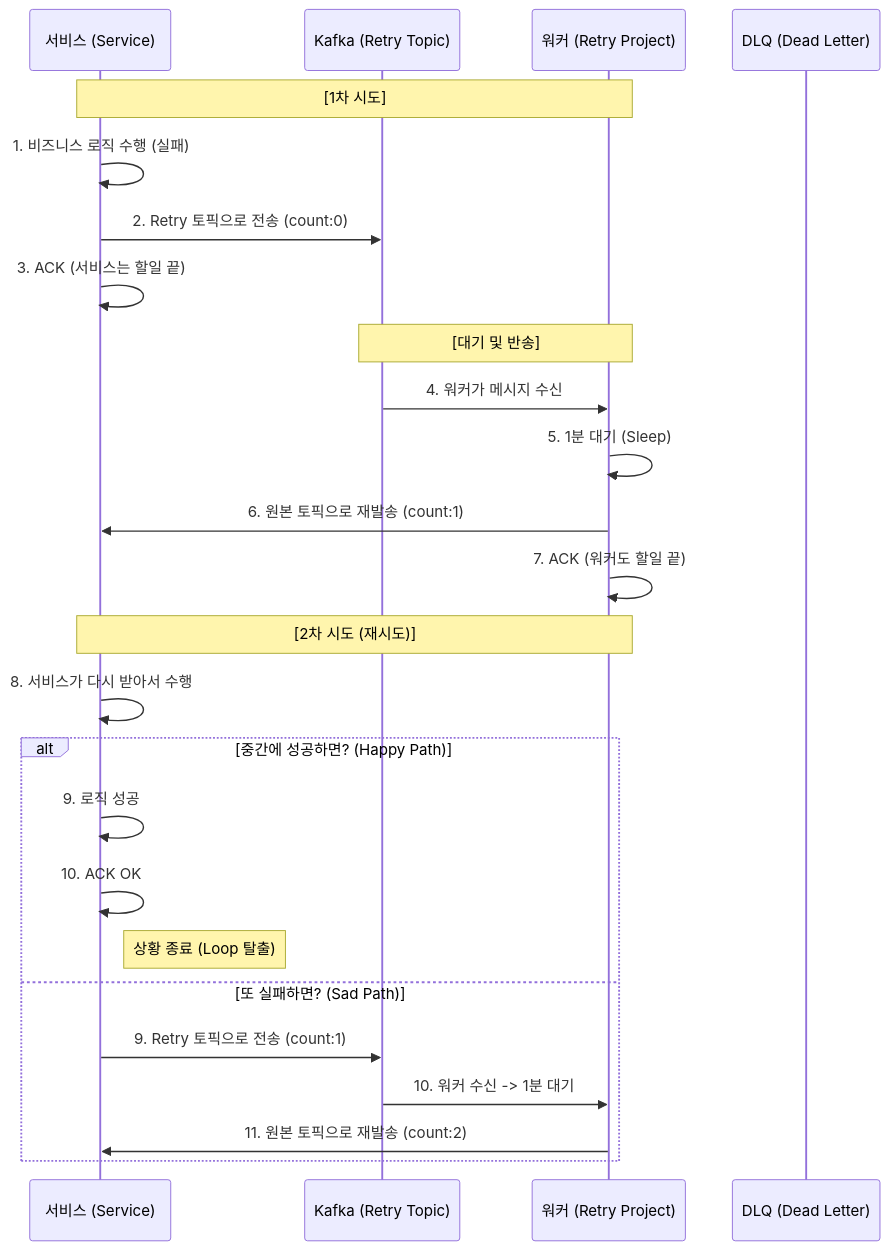
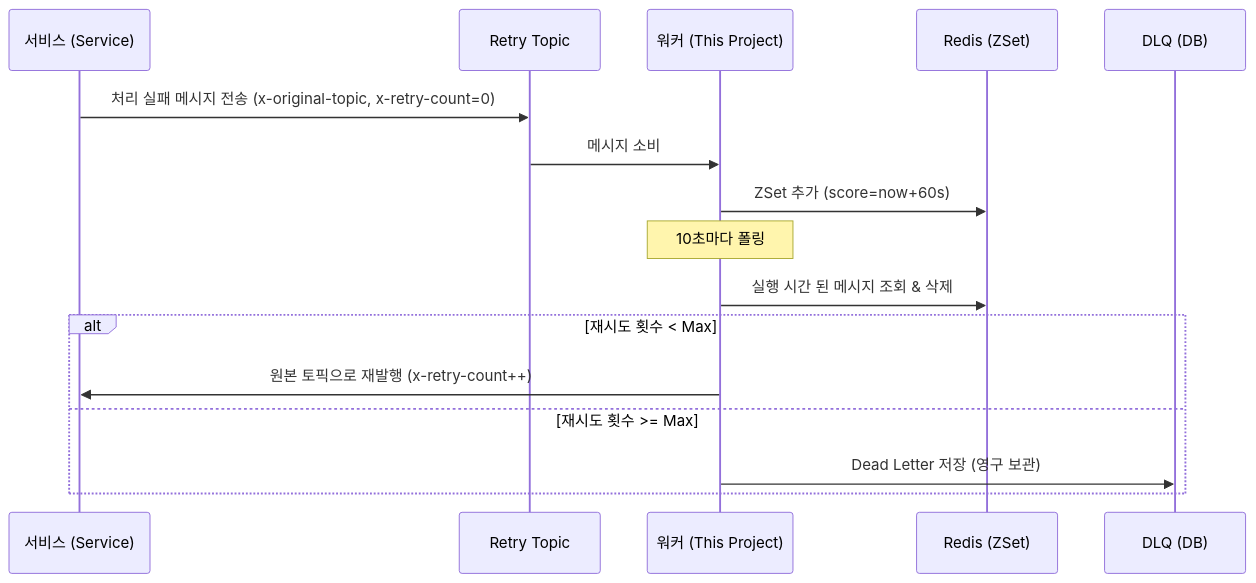
One commit to 1-sanghyeondong/kafka-consumer-dl changed the diagram in README.md. Above: the diagram before and after it, drawn with Mermaid. The commit also changed other lines of this file and 22 other files, not shown here.

````diff
--- a/README.md
+++ b/README.md
@@ -57,31 +58,21 @@
 ```mermaid
 sequenceDiagram
     participant S as 서비스 (Service)
-    participant K as Kafka (Retry Topic)
-    participant W as 워커 (Retry Project)
-    participant D as DLQ (Dead Letter)
+    participant R as Retry Topic
+    participant W as 워커 (This Project)
+    participant Redis as Redis (ZSet)
+    participant DB as DLQ (DB)
 
-    Note over S, W: [1차 시도]
-    S->>S: 1. 비즈니스 로직 수행 (실패)
-    S->>K: 2. Retry 토픽으로 전송 (count:0)
-    S->>S: 3. ACK (서비스는 할일 끝)
-
-    Note over K, W: [대기 및 반송]
-    K->>W: 4. 워커가 메시지 수신
-    W->>W: 5. 1분 대기 (Sleep)
-    W->>S: 6. 원본 토픽으로 재발송 (count:1)
-    W->>W: 7. ACK (워커도 할일 끝)
-
-    Note over S, W: [2차 시도 (재시도)]
-    S->>S: 8. 서비스가 다시 받아서 수행
+    S->>R: 처리 실패 메시지 전송 (x-original-topic, x-retry-count=0)
+    R->>W: 메시지 소비
+    W->>Redis: ZSet 추가 (score=now+60s)
     
-    alt 중간에 성공하면? (Happy Path)
-        S->>S: 9. 로직 성공
-        S->>S: 10. ACK OK
-        Note right of S: 상황 종료 (Loop 탈출)
-    else 또 실패하면? (Sad Path)
-        S->>K: 9. Retry 토픽으로 전송 (count:1)
-        K->>W: 10. 워커 수신 -> 1분 대기
-        W->>S: 11. 원본 토픽으로 재발송 (count:2)
+    Note over W: 10초마다 폴링
+    W->>Redis: 실행 시간 된 메시지 조회 & 삭제
+    
+    alt 재시도 횟수 < Max
+        W->>S: 원본 토픽으로 재발행 (x-retry-count++)
+    else 재시도 횟수 >= Max
+        W->>DB: Dead Letter 저장 (영구 보관)
     end
 ```
````
